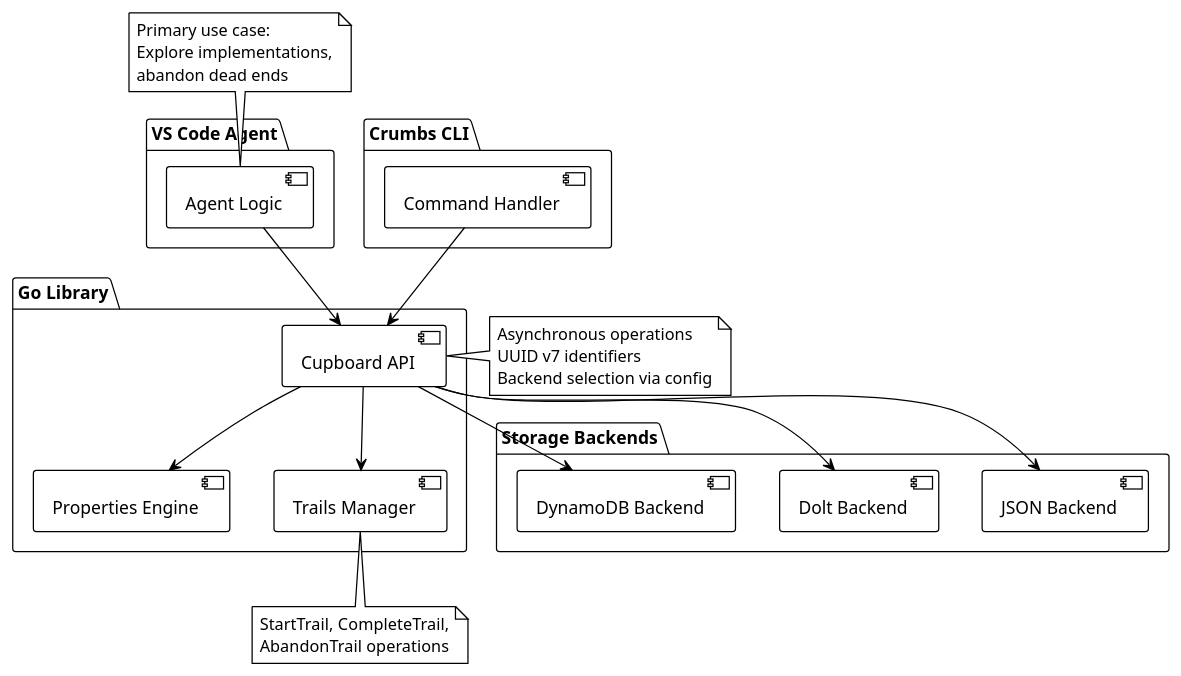
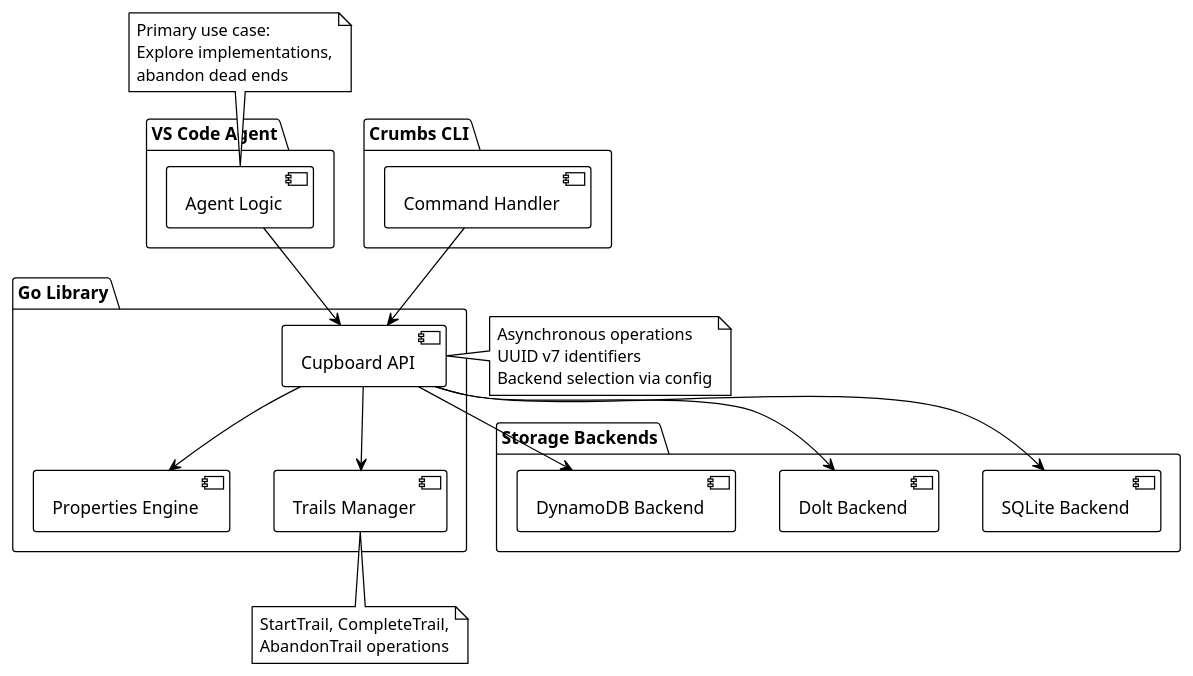
One commit to mesh-intelligence/crumbs changed the diagram in docs/ARCHITECTURE.md. Above: the diagram before and after it, drawn with PlantUML. The commit also changed other lines of this file, not shown here.

First line of the commit message:
Update ARCHITECTURE: SQLite backend with JSON source of truth

````diff
--- a/docs/ARCHITECTURE.md
+++ b/docs/ARCHITECTURE.md
@@ -9,52 +9,52 @@
 ```plantuml
 @startuml
 !theme plain
 skinparam backgroundColor white
 
 package "VS Code Agent" {
   [Agent Logic]
 }
 
 package "Crumbs CLI" {
   [Command Handler]
 }
 
 package "Go Library" {
   [Cupboard API]
   [Properties Engine]
   [Trails Manager]
 }
 
 package "Storage Backends" {
-  [JSON Backend]
+  [SQLite Backend]
   [Dolt Backend]
   [DynamoDB Backend]
 }
 
 [Agent Logic] --> [Cupboard API]
 [Command Handler] --> [Cupboard API]
 [Cupboard API] --> [Properties Engine]
 [Cupboard API] --> [Trails Manager]
-[Cupboard API] --> [JSON Backend]
+[Cupboard API] --> [SQLite Backend]
 [Cupboard API] --> [Dolt Backend]
 [Cupboard API] --> [DynamoDB Backend]
 
 note right of [Cupboard API]
   Asynchronous operations
   UUID v7 identifiers
   Backend selection via config
 end note
 
 note bottom of [Trails Manager]
   StartTrail, CompleteTrail,
   AbandonTrail operations
 end note
 
 note top of [Agent Logic]
   Primary use case:
   Explore implementations,
   abandon dead ends
 end note
 
 @enduml
 ```
````
